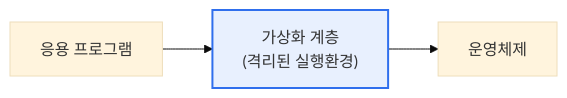
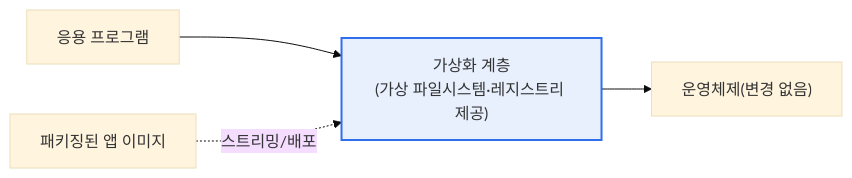
One commit to coninggu/wjdqhrhksflrltnftk changed the second of 2 diagrams in content/virtualization.md. Above: the diagram before and after it, drawn with Mermaid (base theme). The commit also changed other lines of this file and 3 other files, not shown here.

````diff
--- a/content/virtualization.md
+++ b/content/virtualization.md
@@ -15,5 +65,7 @@
 ```mermaid
 flowchart LR
-  A[응용 프로그램] --> V["가상화 계층<br/>(격리된 실행환경)"] --> O[운영체제]
+  A["응용 프로그램"] --> V["가상화 계층<br/>(가상 파일시스템·레지스트리 제공)"]
+  V --> O["운영체제(변경 없음)"]
+  P["패키징된 앱 이미지"] -. "스트리밍/배포" .-> V
   style V fill:#e8f0fe,stroke:#2f6fed,stroke-width:2px
 ```
````
